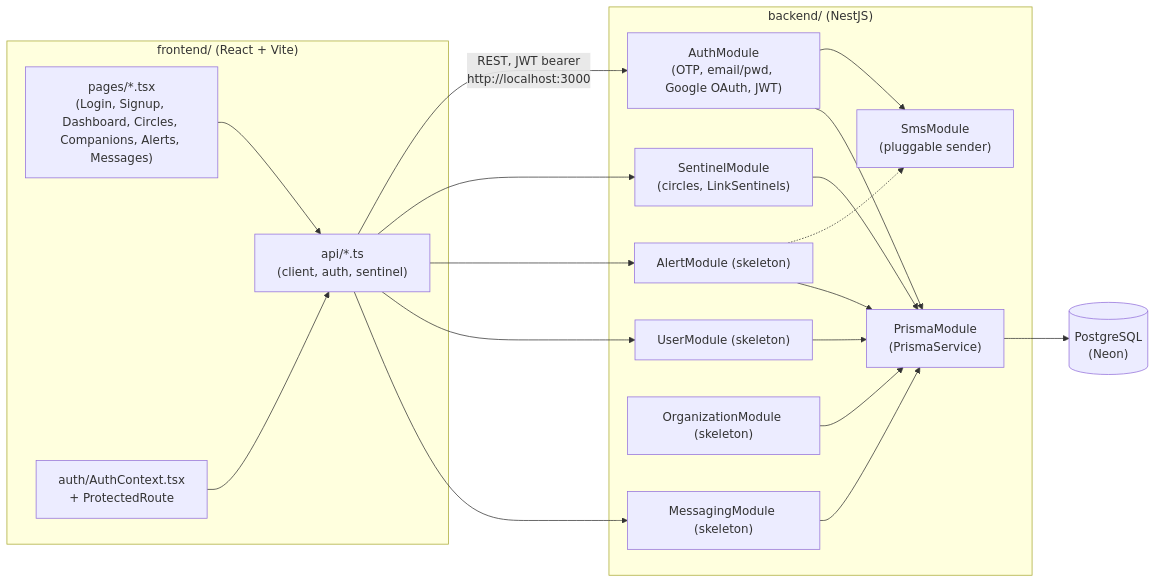
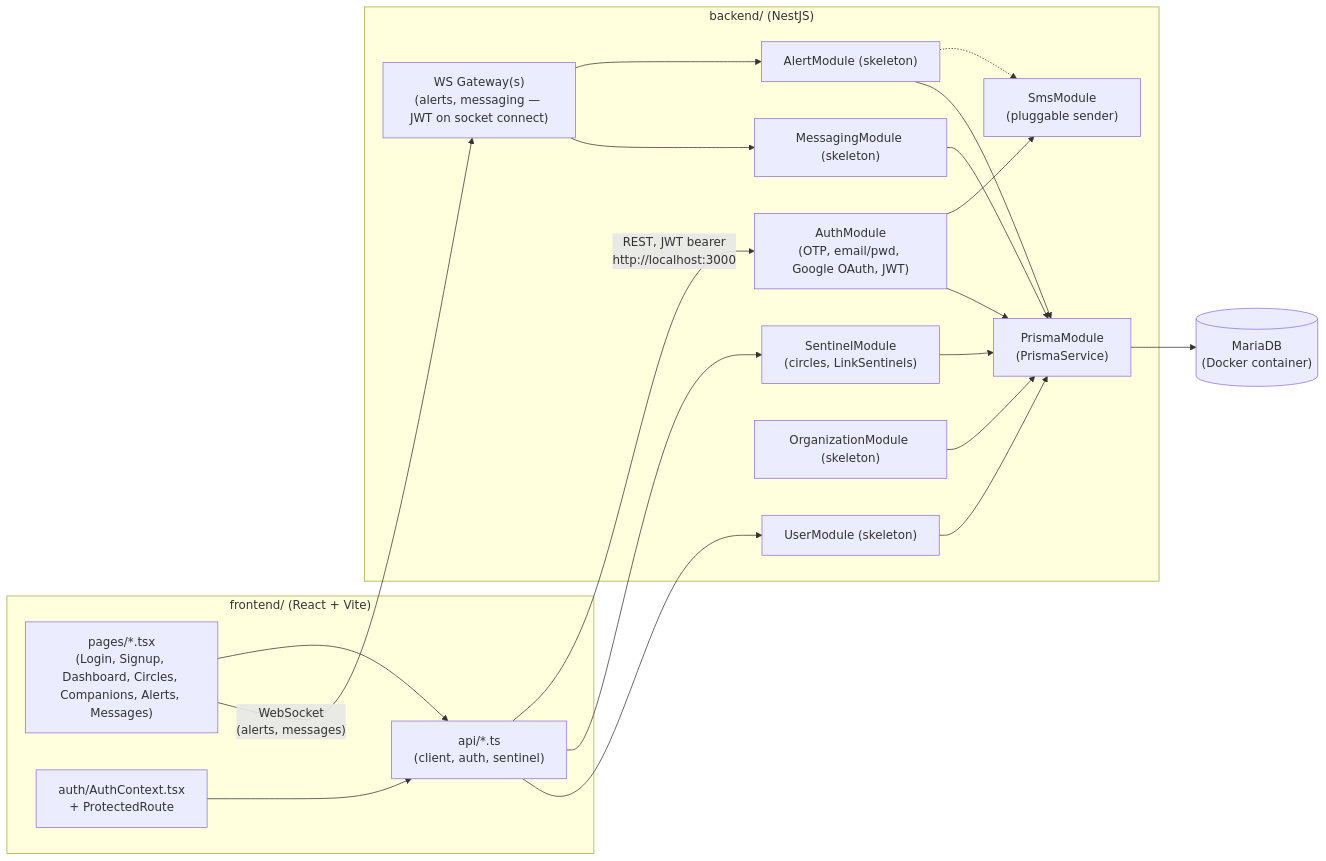
One commit to Sylvfo/MySentinelCircle changed the diagram in STACK_SCHEMA.md. Above: the diagram before and after it, drawn with Mermaid. The commit also changed other lines of this file and 65 other files, not shown here.

Commit message:
rebase architecture with mariadb container

````diff
--- a/STACK_SCHEMA.md
+++ b/STACK_SCHEMA.md
@@ -16,39 +25,41 @@
 ```mermaid
 flowchart LR
     subgraph Frontend["frontend/ (React + Vite)"]
         Pages["pages/*.tsx\n(Login, Signup, Dashboard, Circles, Companions, Alerts, Messages)"]
         AuthCtx["auth/AuthContext.tsx\n+ ProtectedRoute"]
         ApiClient["api/*.ts\n(client, auth, sentinel)"]
     end
 
     subgraph Backend["backend/ (NestJS)"]
         Auth["AuthModule\n(OTP, email/pwd, Google OAuth, JWT)"]
         User["UserModule (skeleton)"]
         Sentinel["SentinelModule\n(circles, LinkSentinels)"]
         Alert["AlertModule (skeleton)"]
         Org["OrganizationModule (skeleton)"]
         Messaging["MessagingModule (skeleton)"]
         Sms["SmsModule\n(pluggable sender)"]
+        Gateway["WS Gateway(s)\n(alerts, messaging — JWT on socket connect)"]
         Prisma["PrismaModule\n(PrismaService)"]
     end
 
-    DB[("PostgreSQL\n(Neon)")]
+    DB[("MariaDB\n(Docker container)")]
 
     Pages --> ApiClient
     AuthCtx --> ApiClient
     ApiClient -- "REST, JWT bearer\nhttp://localhost:3000" --> Auth
     ApiClient --> Sentinel
-    ApiClient --> Alert
     ApiClient --> User
-    ApiClient --> Messaging
+    Pages -- "WebSocket\n(alerts, messages)" --> Gateway
+    Gateway --> Alert
+    Gateway --> Messaging
 
     Auth --> Sms
     Alert -.-> Sms
     Auth --> Prisma
     User --> Prisma
     Sentinel --> Prisma
     Alert --> Prisma
     Org --> Prisma
     Messaging --> Prisma
     Prisma --> DB
 ```
````
